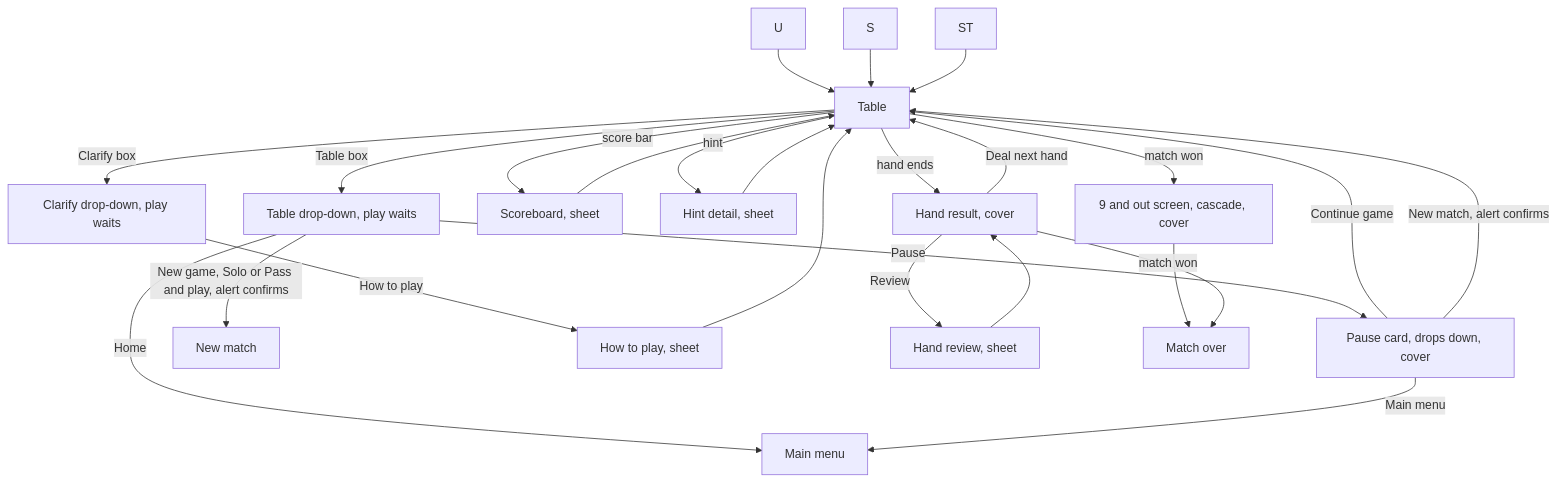
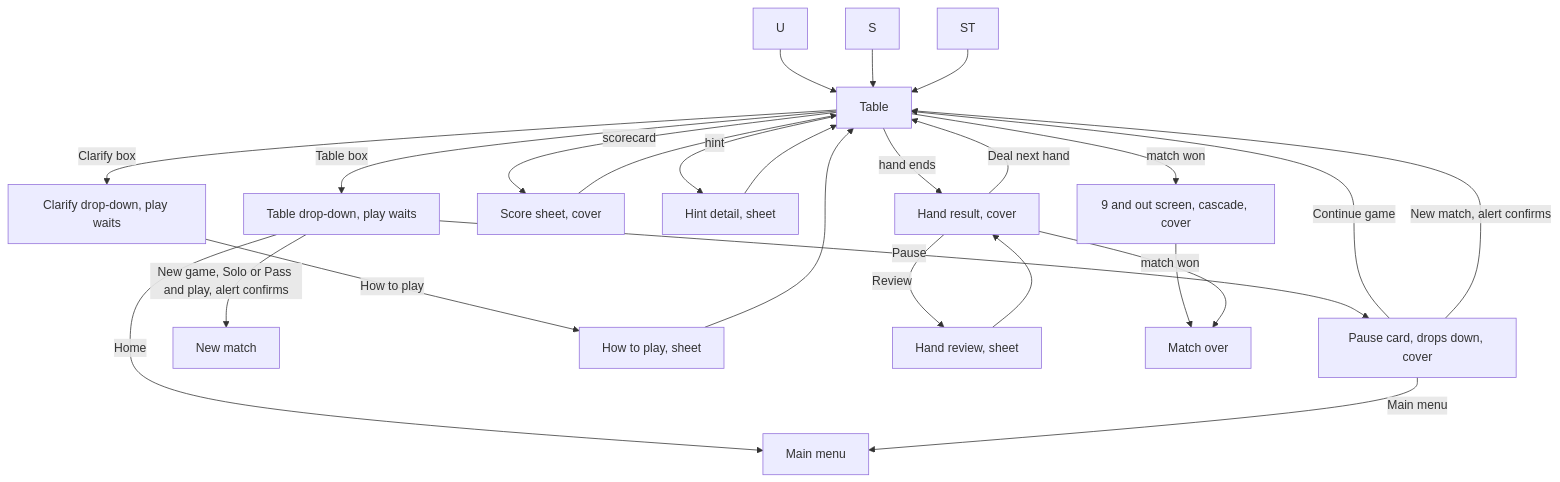
Before and after one commit to cmurphy1140/cardgame-io: the third of 3 diagrams in App/Explainer/docs/screen-flow.md, drawn with Mermaid. The commit also changed 16 other files, not shown here.

First line of the commit message:
feat(ui): notebook scorecard replaces the green score rails

````diff
--- a/App/Explainer/docs/screen-flow.md
+++ b/App/Explainer/docs/screen-flow.md
@@ -74,29 +74,29 @@
 ```mermaid
 flowchart TD
     T[Table]
     T -->|Table box| TB[Table drop-down, play waits]
     T -->|Clarify box| CL[Clarify drop-down, play waits]
     TB -->|Pause| P[Pause card, drops down, cover]
     TB -->|New game, Solo or Pass and play, alert confirms| NEW[New match]
     TB -->|Home| M
     CL -->|How to play| TU[How to play, sheet]
-    T -->|score bar| SB[Scoreboard, sheet]
+    T -->|scorecard| SB[Score sheet, cover]
     T -->|hint| H[Hint detail, sheet]
     T -->|hand ends| R[Hand result, cover]
 
     P -->|Continue game| T
     P -->|Main menu| M[Main menu]
     P -->|New match, alert confirms| T
     R -->|Deal next hand| T
     R -->|Review| RV[Hand review, sheet]
     T -->|match won| CE[9 and out screen, cascade, cover]
     CE --> MO[Match over]
     R -->|match won| MO
     RV --> R
     U --> T
     SB --> T
     H --> T
     S --> T
     ST --> T
     TU --> T
 ```
````
